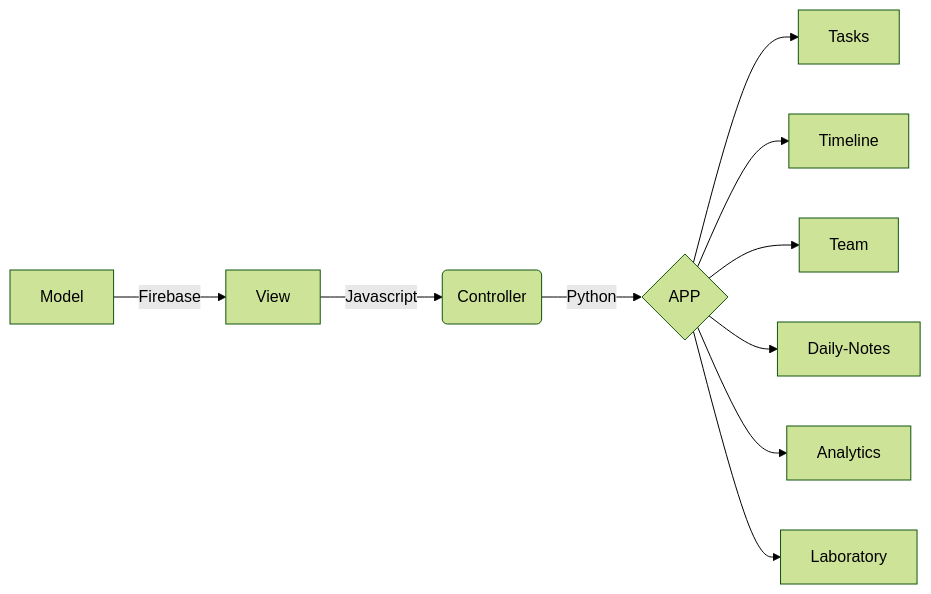
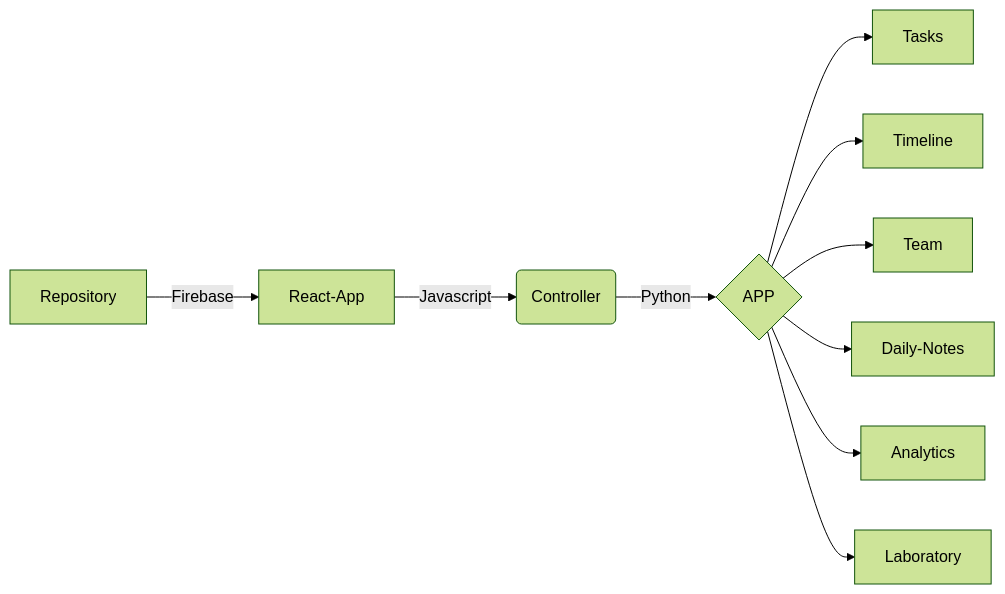
The diagram in README.md (SauloCandeira/SPA-React), drawn with Mermaid (forest theme) before and after one commit.

````diff
--- a/README.md
+++ b/README.md
@@ -21,14 +21,14 @@
 ```mermaid
 flowchart LR
 A[View] -->|Javascript| B(Controller)
-X[Model] -->|Firebase| A[View]
+X[Repository] -->|Firebase| A[React-App]
 B --> |Python| C{APP}
 
 C --> J[Tasks]
 C --> K[Timeline]
 C --> L[Team]
 C --> M[Daily-Notes]
 C --> N[Analytics]
 C --> O[Laboratory]
 
 ```
````
